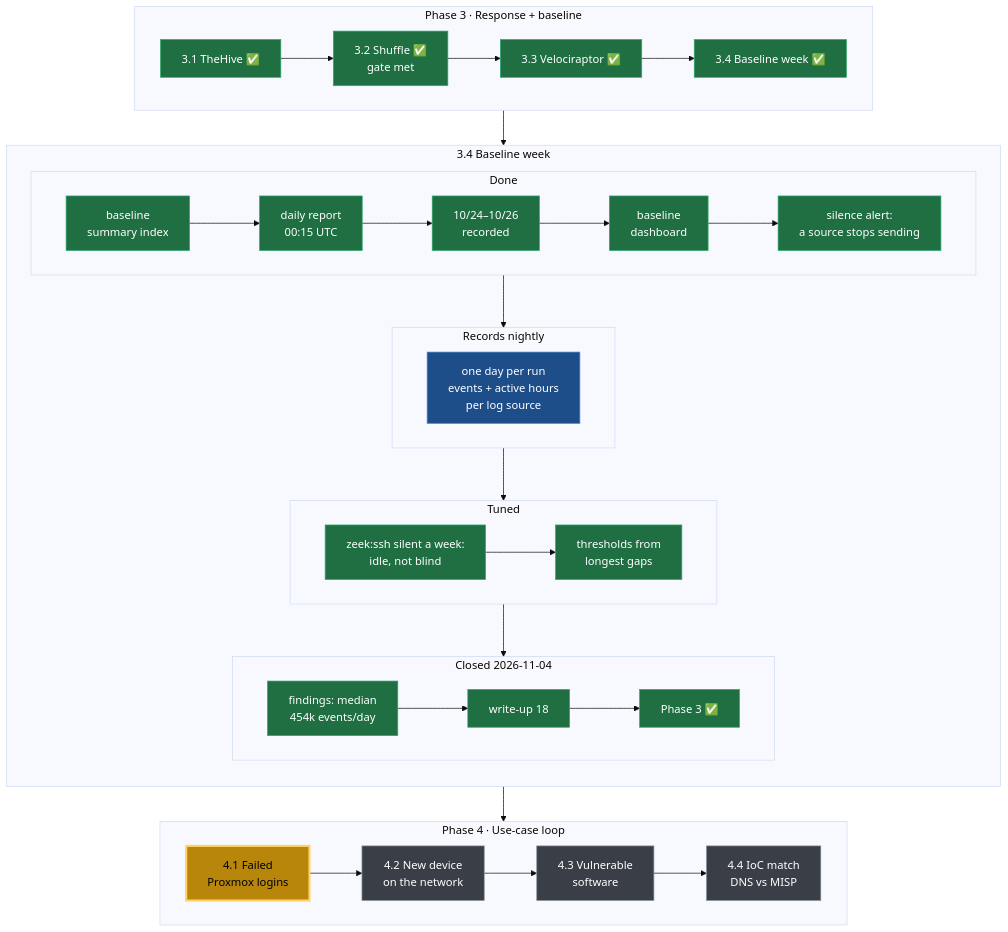
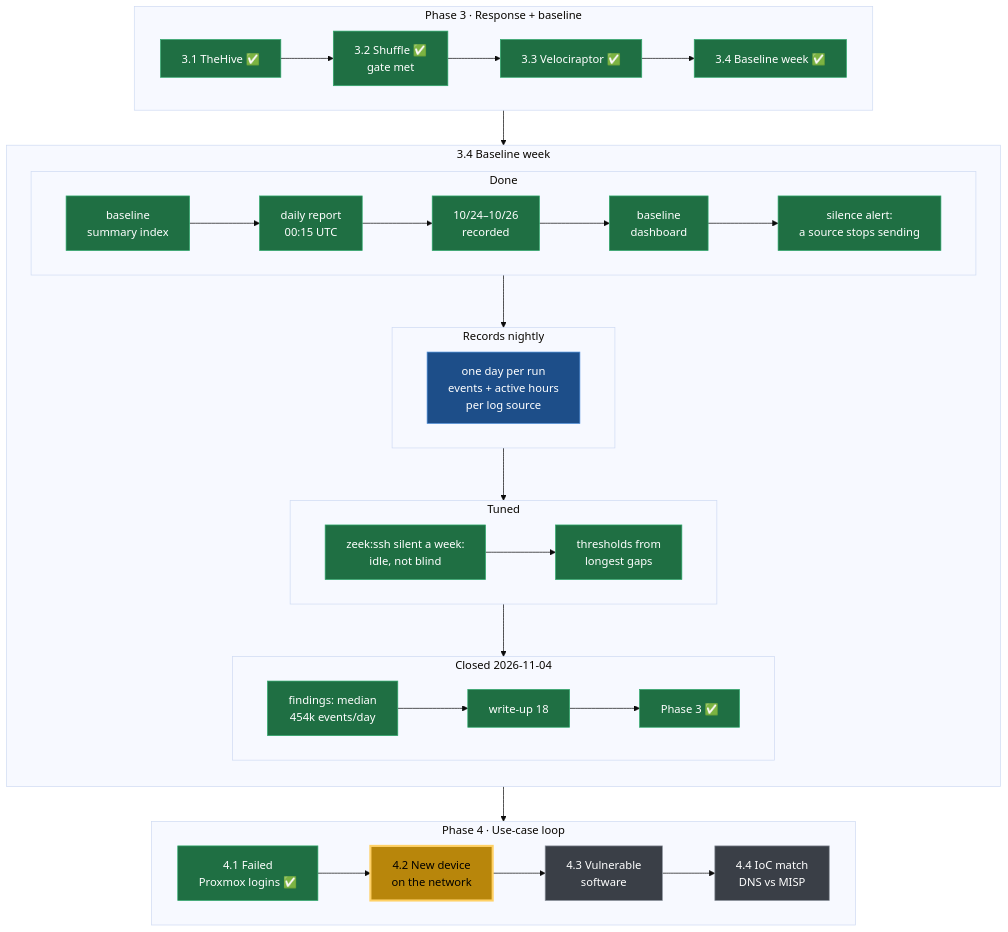
The second of 3 diagrams in 00-START-HERE-Build-Log/ROADMAP.md (caleb57912/SOC-Homelab), drawn with Mermaid (base theme) before and after one commit. The commit also changed other lines of this file and 26 other files, not shown here.

Commit message:
4.1 Failed Proxmox logins: alert, tests, TheHive case #2, write-up 19

````diff
--- a/00-START-HERE-Build-Log/ROADMAP.md
+++ b/00-START-HERE-Build-Log/ROADMAP.md
@@ -23,45 +23,46 @@
 ```mermaid
 flowchart TB
     subgraph P3["Phase 3 · Response + baseline"]
         direction LR
         A1["3.1 TheHive ✅"] --> A2["3.2 Shuffle ✅<br/>gate met"] --> A3["3.3 Velociraptor ✅"] --> A4["3.4 Baseline week ✅"]
     end
 
     subgraph B["3.4 Baseline week"]
         direction TB
         subgraph DONE["Done"]
             direction LR
             D1["baseline<br/>summary index"] --> D2["daily report<br/>00:15 UTC"] --> D3["10/24–10/26<br/>recorded"] --> D4["baseline<br/>dashboard"] --> D5["silence alert:<br/>a source stops sending"]
         end
         subgraph AUTO["Records nightly"]
             direction LR
             R1["one day per run<br/>events + active hours<br/>per log source"]
         end
         subgraph NEXT["Tuned"]
             direction LR
             N1["zeek:ssh silent a week:<br/>idle, not blind"] --> N2["thresholds from<br/>longest gaps"]
         end
         subgraph END["Closed 2026-11-04"]
             direction LR
             E1["findings: median<br/>454k events/day"] --> E2["write-up 18"] --> E3["Phase 3 ✅"]
         end
         DONE --> AUTO --> NEXT --> END
     end
 
     subgraph P4["Phase 4 · Use-case loop"]
         direction LR
-        F1["4.1 Failed<br/>Proxmox logins"] --> F2["4.2 New device<br/>on the network"] --> F3["4.3 Vulnerable<br/>software"] --> F4["4.4 IoC match<br/>DNS vs MISP"]
+        F1["4.1 Failed<br/>Proxmox logins ✅"] --> F2["4.2 New device<br/>on the network"] --> F3["4.3 Vulnerable<br/>software"] --> F4["4.4 IoC match<br/>DNS vs MISP"]
     end
 
     A4 --> B
     END --> P4
 
     classDef done fill:#1f6f43,stroke:#2ea86b,color:#ffffff
     classDef now fill:#b8860b,stroke:#ffd166,color:#000000,stroke-width:3px
     classDef auto fill:#1d4e89,stroke:#4c8ed9,color:#ffffff
     classDef todo fill:#3a3f47,stroke:#8a929c,color:#ffffff
     class A1,A2,A3,A4,D1,D2,D3,D4,D5,N1,N2,E1,E2,E3 done
     class R1 auto
-    class F1 now
-    class F2,F3,F4 todo
+    class F1 done
+    class F2 now
+    class F3,F4 todo
 ```
````
